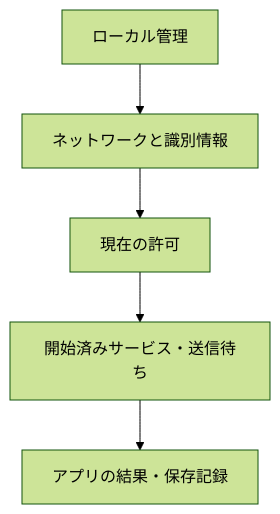
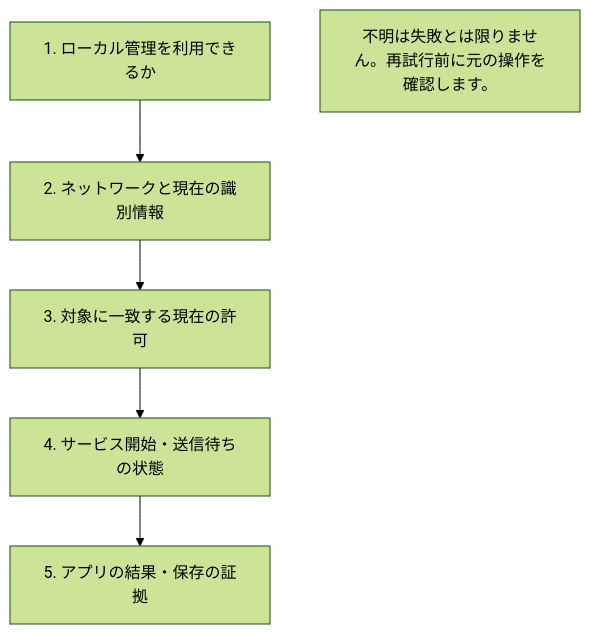
Before and after one commit to webkaz-labs/sobalink: the diagram in docs/TROUBLESHOOTING.ja.md, drawn with Mermaid (forest theme). The commit also changed 238 other files, not shown here.

First line of the commit message:
docs: explain workflows with distinct diagrams and real screen examples (#60)

````diff
--- a/docs/TROUBLESHOOTING.ja.md
+++ b/docs/TROUBLESHOOTING.ja.md
@@ -9,8 +9,11 @@
 ```mermaid
 flowchart TD
-    A["ローカル管理"] --> B
-    B["ネットワークと識別情報"] --> C
-    C["現在の許可"] --> D
-    D["開始済みサービス・送信待ち"] --> E
-    E["アプリの結果・保存記録"]
+ accTitle: 自己確認の順番・原因の断定ではない
+ accDescr: 不明は失敗とは限りません。再試行前に元の操作を確認します。
+ A["1. ローカル管理を利用できるか"] --> B["2. ネットワークと現在の識別情報"]
+ B --> C["3. 対象に一致する現在の許可"]
+ C --> D["4. サービス開始・送信待ちの状態"]
+ D --> E["5. アプリの結果・保存の証拠"]
+
+ LIMIT["不明は失敗とは限りません。再試行前に元の操作を確認します。"]
 ```
````
